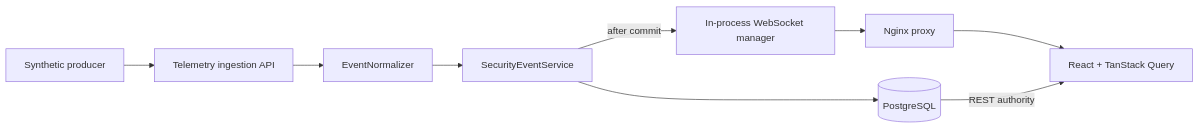
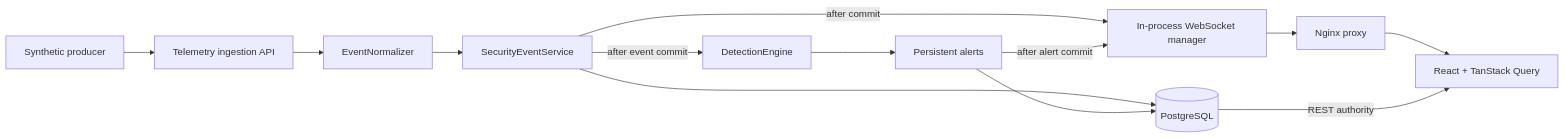
One commit to Mayroskapnos/sentinel-security-platform changed the diagram in docs/telemetry.md. Above: the diagram before and after it, drawn with Mermaid. The commit also changed other lines of this file and 60 other files, not shown here.

Commit message:
feat: implement detection engine and alert workflow

````diff
--- a/docs/telemetry.md
+++ b/docs/telemetry.md
@@ -7,20 +7,26 @@
 ```mermaid
 flowchart LR
     Producer[Synthetic producer]
     API[Telemetry ingestion API]
     Normalizer[EventNormalizer]
     Service[SecurityEventService]
+    Engine[DetectionEngine]
+    Alerts[Persistent alerts]
     DB[(PostgreSQL)]
     WS[In-process WebSocket manager]
     Nginx[Nginx proxy]
     UI[React + TanStack Query]
 
     Producer --> API
     API --> Normalizer
     Normalizer --> Service
     Service --> DB
     Service -->|after commit| WS
+    Service -->|after event commit| Engine
+    Engine --> Alerts
+    Alerts --> DB
+    Alerts -->|after alert commit| WS
     WS --> Nginx
     Nginx --> UI
     DB -->|REST authority| UI
 ```
````
